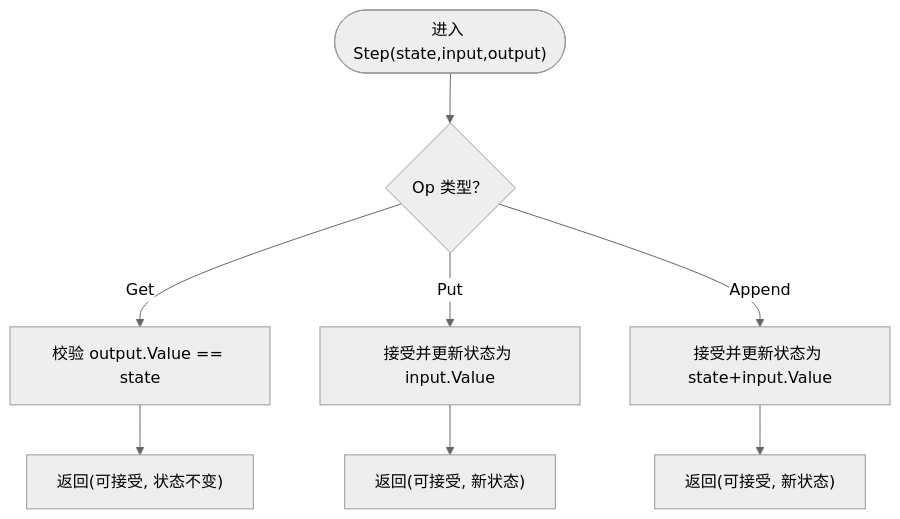
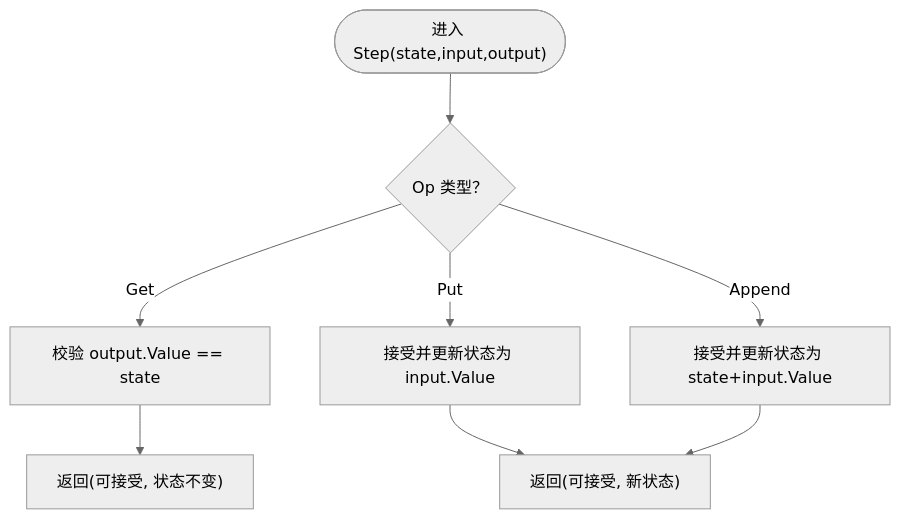
One commit to eraft-io/eraft changed the third of 9 diagrams in wiki/测试框架/并发验证.md. Above: the diagram before and after it, drawn with Mermaid (neutral theme). The commit also changed other lines of this file and 35 other files, not shown here.

````diff
--- a/wiki/测试框架/并发验证.md
+++ b/wiki/测试框架/并发验证.md
@@ -126,10 +126,10 @@
 ```mermaid
 flowchart TD
 Start(["进入 Step(state,input,output)"]) --> CheckOp{"Op 类型？"}
 CheckOp --> |Get| VerifyGet["校验 output.Value == state"]
 CheckOp --> |Put| AcceptPut["接受并更新状态为 input.Value"]
 CheckOp --> |Append| AcceptAppend["接受并更新状态为 state+input.Value"]
 VerifyGet --> Ret1["返回(可接受, 状态不变)"]
 AcceptPut --> Ret2["返回(可接受, 新状态)"]
-AcceptAppend --> Ret3["返回(可接受, 新状态)"]
+AcceptAppend --> Ret2
 ```
````
